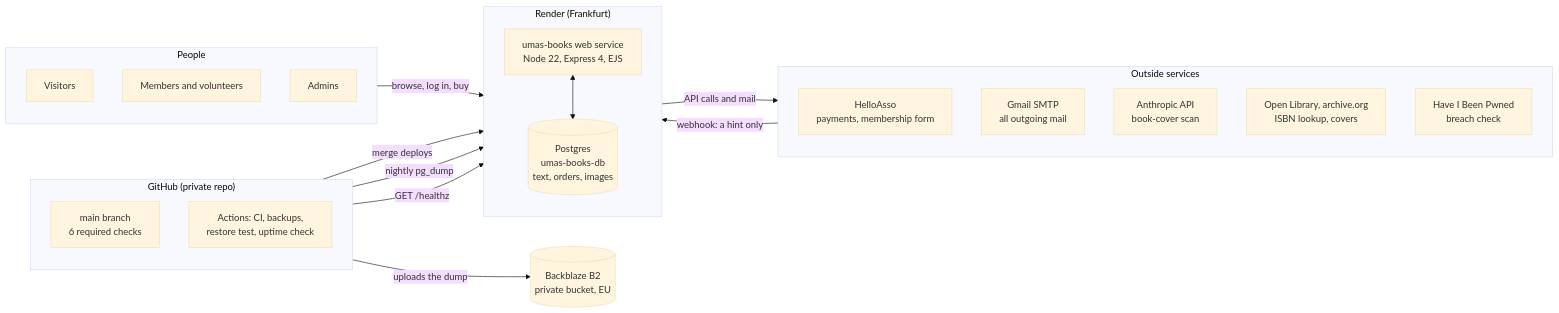
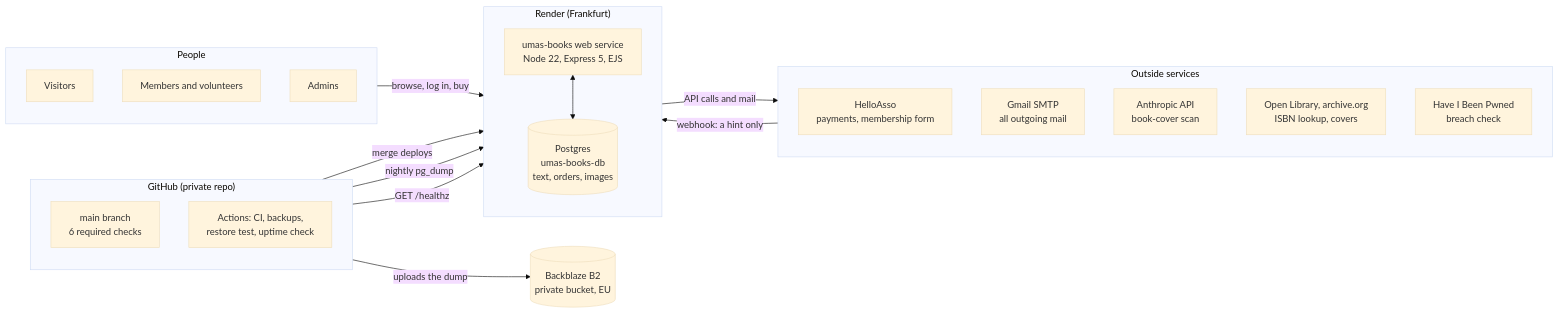
The first of 12 diagrams in docs/architecture.md (umasbooksadmin/umasbookswebsite), drawn with Mermaid (base theme) before and after one commit. The commit also changed other lines of this file and 18 other files, not shown here.

First line of the commit message:
Upgrade Express 5, EJS 6, bcryptjs 3 and dotenv 18 (#165)

````diff
--- a/docs/architecture.md
+++ b/docs/architecture.md
@@ -38,41 +38,41 @@
 ```mermaid
 flowchart LR
   subgraph People
     direction TB
     V[Visitors]
     M[Members and volunteers]
     A[Admins]
   end
 
   subgraph Render["Render (Frankfurt)"]
     direction TB
-    W["umas-books web service<br/>Node 22, Express 4, EJS"]
+    W["umas-books web service<br/>Node 22, Express 5, EJS"]
     DB[("Postgres<br/>umas-books-db<br/>text, orders, images")]
     W <--> DB
   end
 
   subgraph External["Outside services"]
     direction TB
     HA["HelloAsso<br/>payments, membership form"]
     GM["Gmail SMTP<br/>all outgoing mail"]
     AN["Anthropic API<br/>book-cover scan"]
     OL["Open Library, archive.org<br/>ISBN lookup, covers"]
     PW["Have I Been Pwned<br/>breach check"]
   end
 
   subgraph GitHub["GitHub (private repo)"]
     direction TB
     REPO["main branch<br/>6 required checks"]
     ACT["Actions: CI, backups,<br/>restore test, uptime check"]
   end
 
   OFF[("Backblaze B2<br/>private bucket, EU")]
 
   People -->|"browse, log in, buy"| W
   W -->|"API calls and mail"| External
   HA -->|"webhook: a hint only"| W
   REPO -->|"merge deploys"| W
   ACT -->|"nightly pg_dump"| DB
   ACT -->|"GET /healthz"| W
   ACT -->|"uploads the dump"| OFF
 ```
````
